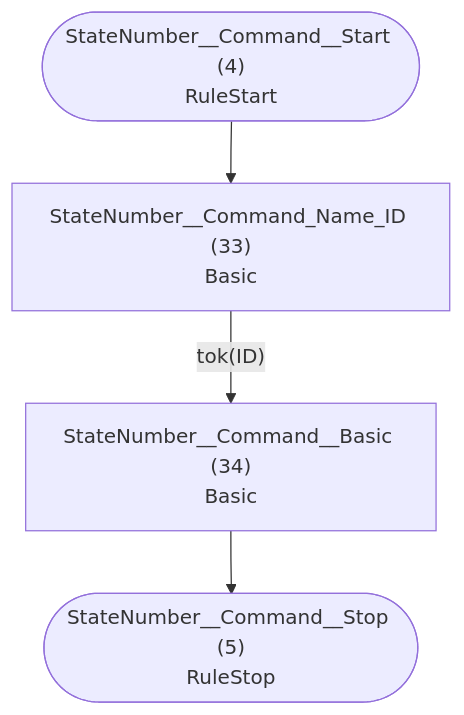
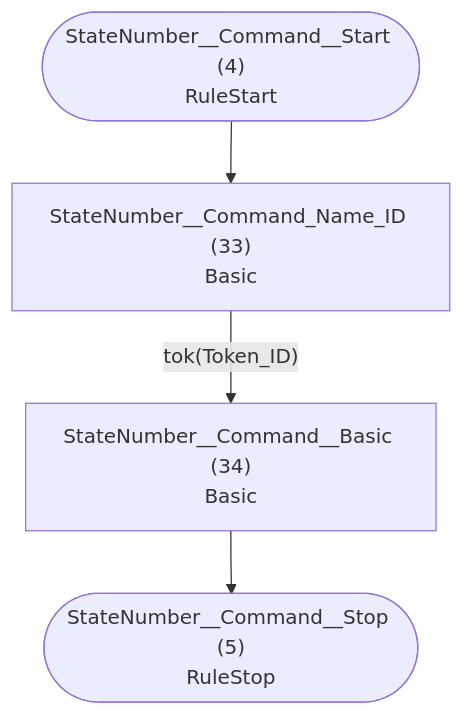
The third of 5 diagrams in examples/statemachine/atn.md (TypeFox/fastbelt), drawn with Mermaid before and after one commit. The commit also changed other lines of this file and 18 other files, not shown here.

````diff
--- a/examples/statemachine/atn.md
+++ b/examples/statemachine/atn.md
@@ -76,11 +76,11 @@
 ```mermaid
 flowchart TD
     q4(["StateNumber__Command__Start (4)<br/>RuleStart"])
     q5(["StateNumber__Command__Stop (5)<br/>RuleStop"])
     q33["StateNumber__Command_Name_ID (33)<br/>Basic<br/>"]
     q34["StateNumber__Command__Basic (34)<br/>Basic<br/>"]
 
     q4 --> q33
-    q33 -->|"tok(ID)"| q34
+    q33 -->|"tok(Token_ID)"| q34
     q34 --> q5
 ```
````
